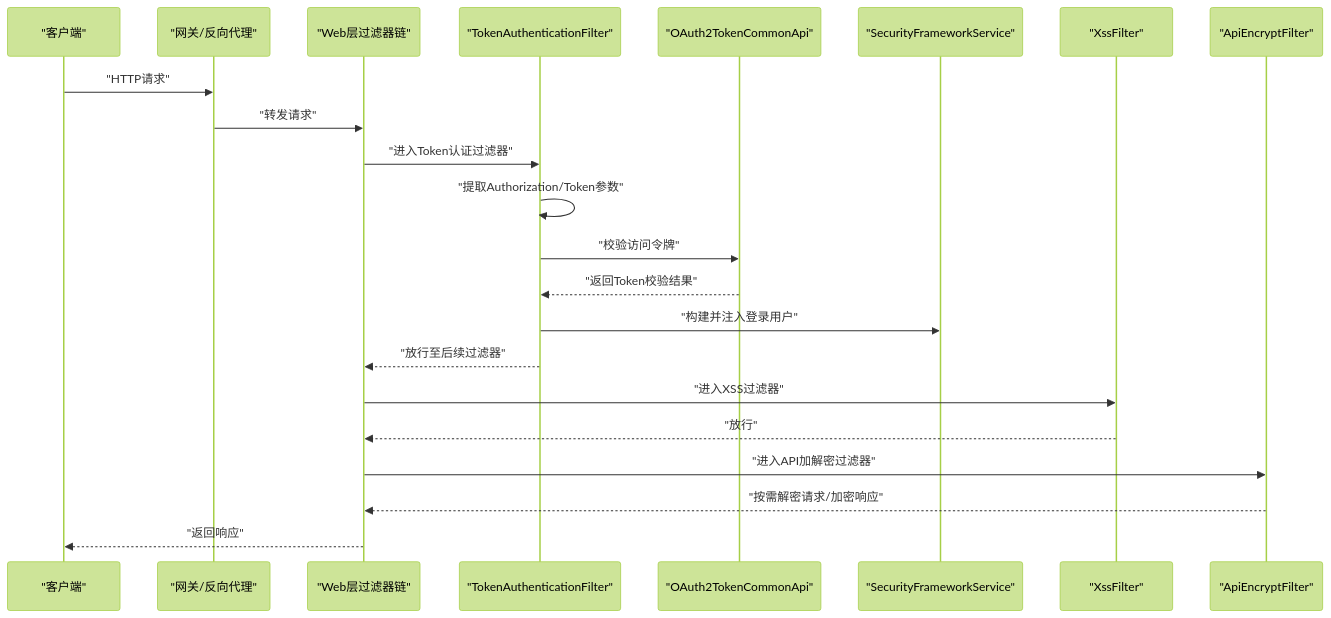
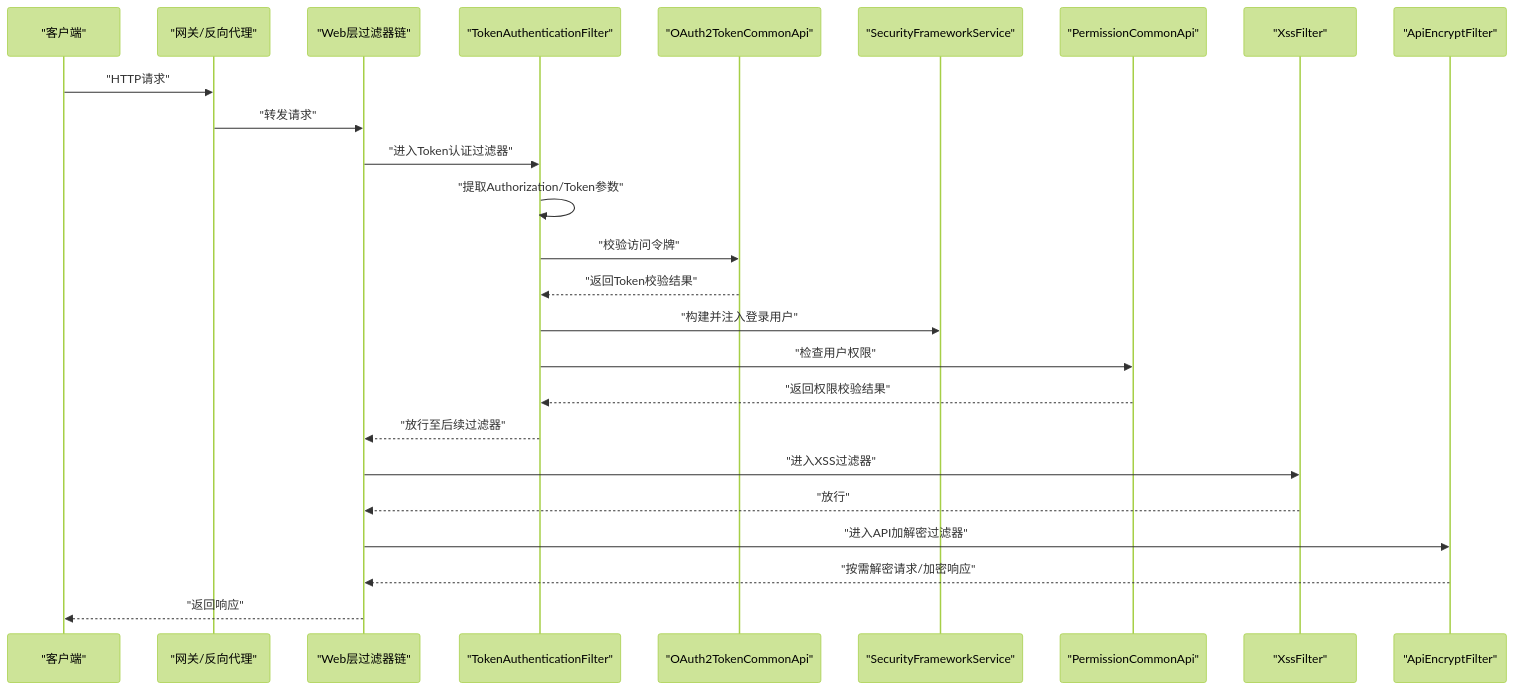
The second of 6 diagrams in .qoder/repowiki/zh/content/最佳实践/安全实践.md (guanglei93/pandora-cloud), drawn with Mermaid (forest theme) before and after one commit. The commit also changed other lines of this file and 32 other files, not shown here.

````diff
--- a/.qoder/repowiki/zh/content/最佳实践/安全实践.md
+++ b/.qoder/repowiki/zh/content/最佳实践/安全实践.md
@@ -123,24 +172,27 @@
 ```mermaid
 sequenceDiagram
 participant C as "客户端"
 participant F as "网关/反向代理"
 participant W as "Web层过滤器链"
 participant T as "TokenAuthenticationFilter"
 participant O as "OAuth2TokenCommonApi"
 participant S as "SecurityFrameworkService"
+participant P as "PermissionCommonApi"
 participant X as "XssFilter"
 participant E as "ApiEncryptFilter"
 C->>F : "HTTP请求"
 F->>W : "转发请求"
 W->>T : "进入Token认证过滤器"
 T->>T : "提取Authorization/Token参数"
 T->>O : "校验访问令牌"
 O-->>T : "返回Token校验结果"
 T->>S : "构建并注入登录用户"
+T->>P : "检查用户权限"
+P-->>T : "返回权限校验结果"
 T-->>W : "放行至后续过滤器"
 W->>X : "进入XSS过滤器"
 X-->>W : "放行"
 W->>E : "进入API加解密过滤器"
 E-->>W : "按需解密请求/加密响应"
 W-->>C : "返回响应"
 ```
````
